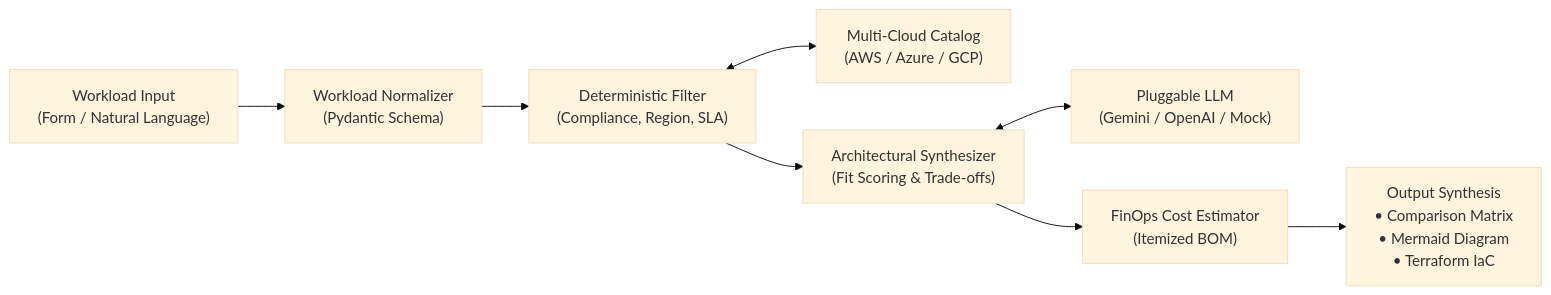
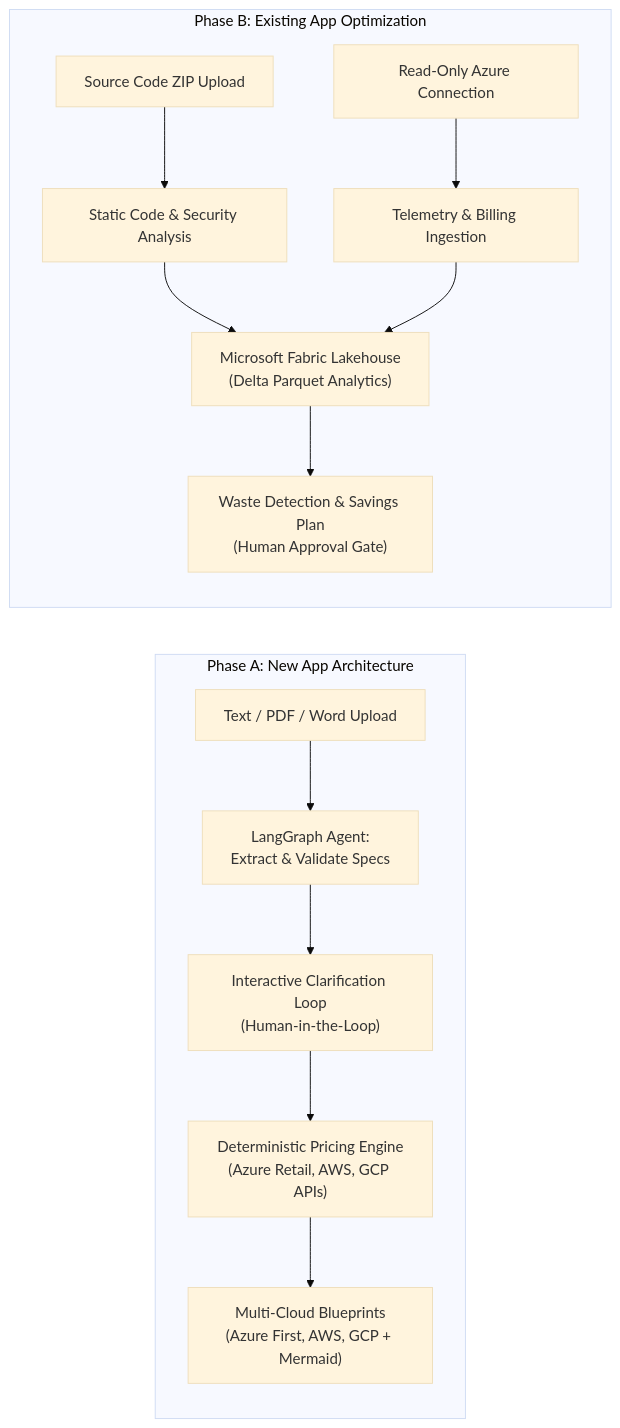
Before and after one commit to pratik-bingewar-bizmetric/cloud-recommender-poc: the diagram in README.md, drawn with Mermaid (base theme). The commit also changed other lines of this file and 13 other files, not shown here.

Commit message:
docs: establish full repository foundation for Phase A, Phase B, LangGraph, and Fabric

````diff
--- a/README.md
+++ b/README.md
@@ -35,10 +12,19 @@
 ```mermaid
 flowchart LR
-    Input["Workload Input\n(Form / Natural Language)"] --> Normalizer["Workload Normalizer\n(Pydantic Schema)"]
-    Normalizer --> Rules["Deterministic Filter\n(Compliance, Region, SLA)"]
-    Rules <--> Catalog["Multi-Cloud Catalog\n(AWS / Azure / GCP)"]
-    Rules --> AI["Architectural Synthesizer\n(Fit Scoring & Trade-offs)"]
-    AI <--> Provider["Pluggable LLM\n(Gemini / OpenAI / Mock)"]
-    AI --> Cost["FinOps Cost Estimator\n(Itemized BOM)"]
-    Cost --> Output["Output Synthesis\n• Comparison Matrix\n• Mermaid Diagram\n• Terraform IaC"]
+    subgraph PhaseA ["Phase A: New App Architecture"]
+        direction TB
+        A1["Text / PDF / Word Upload"] --> A2["LangGraph Agent:\nExtract & Validate Specs"]
+        A2 --> A3["Interactive Clarification Loop\n(Human-in-the-Loop)"]
+        A3 --> A4["Deterministic Pricing Engine\n(Azure Retail, AWS, GCP APIs)"]
+        A4 --> A5["Multi-Cloud Blueprints\n(Azure First, AWS, GCP + Mermaid)"]
+    end
+
+    subgraph PhaseB ["Phase B: Existing App Optimization"]
+        direction TB
+        B1["Source Code ZIP Upload"] --> B2["Static Code & Security Analysis"]
+        B3["Read-Only Azure Connection"] --> B4["Telemetry & Billing Ingestion"]
+        B2 --> B5["Microsoft Fabric Lakehouse\n(Delta Parquet Analytics)"]
+        B4 --> B5
+        B5 --> B6["Waste Detection & Savings Plan\n(Human Approval Gate)"]
+    end
 ```
````
